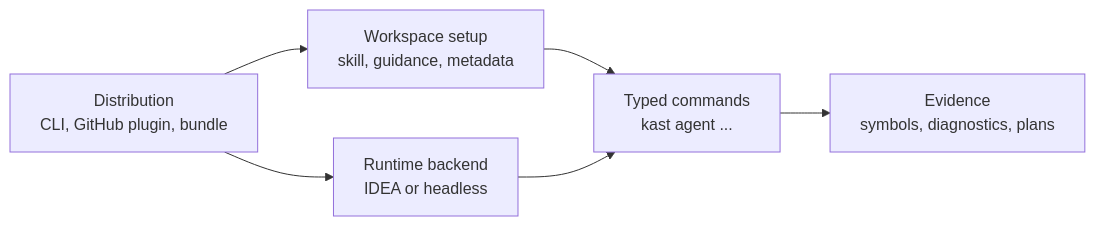
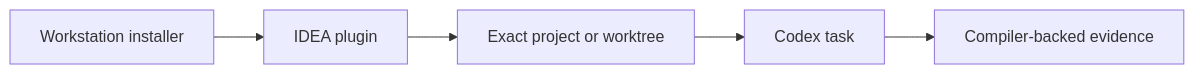
One commit to amichne/kast changed the diagram in docs/index.md. Above: the diagram before and after it, drawn with Mermaid. The commit also changed other lines of this file and 56 other files, not shown here.

First line of the commit message:
feat: define Codex workstation flow (#425)

````diff
--- a/docs/index.md
+++ b/docs/index.md
@@ -74,14 +6,7 @@
 ```mermaid
 flowchart LR
-    distribution["Distribution<br/>CLI, GitHub plugin, bundle"]
-    setup["Workspace setup<br/>skill, guidance, metadata"]
-    runtime["Runtime backend<br/>IDEA or headless"]
-    commands["Typed commands<br/>kast agent ..."]
-    evidence["Evidence<br/>symbols, diagnostics, plans"]
-
-    distribution --> setup
-    distribution --> runtime
-    setup --> commands
-    runtime --> commands
-    commands --> evidence
+    installer["Workstation installer"] --> idea["IDEA plugin"]
+    idea --> workspace["Exact project or worktree"]
+    workspace --> codex["Codex task"]
+    codex --> evidence["Compiler-backed evidence"]
 ```
````
